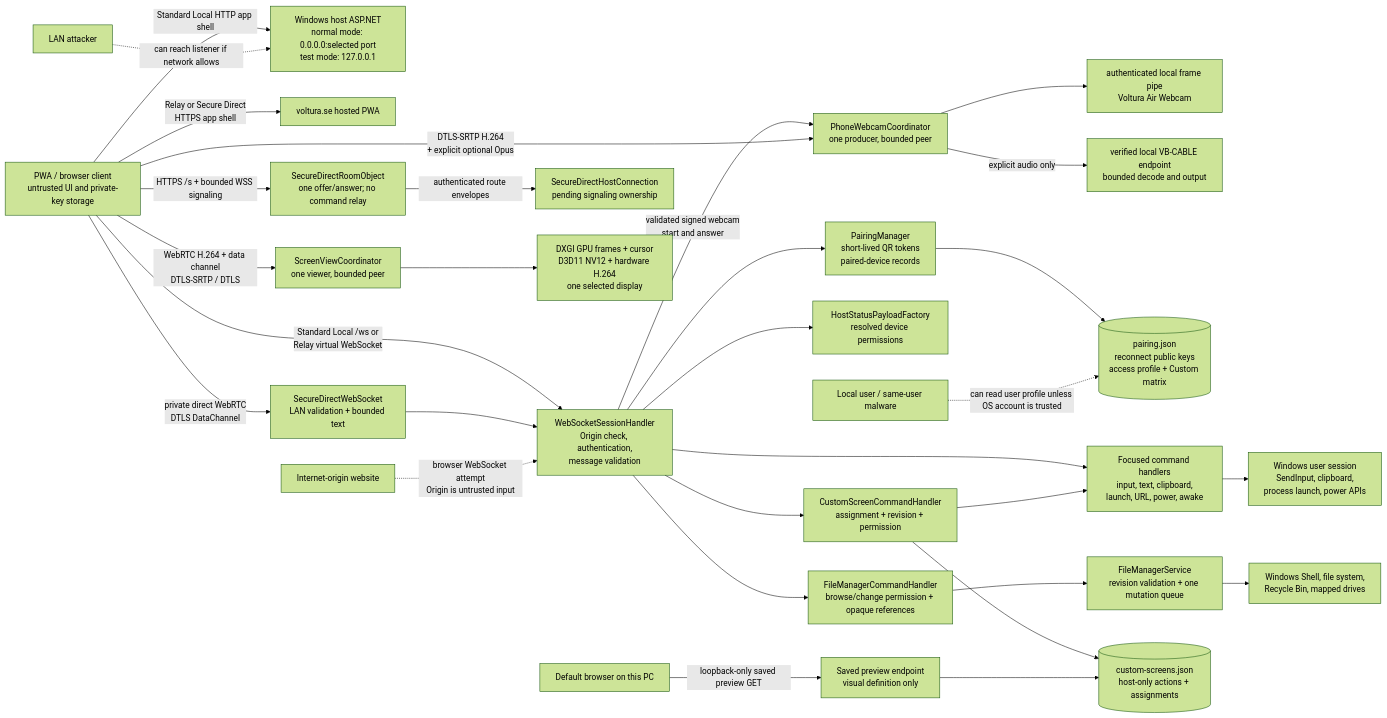
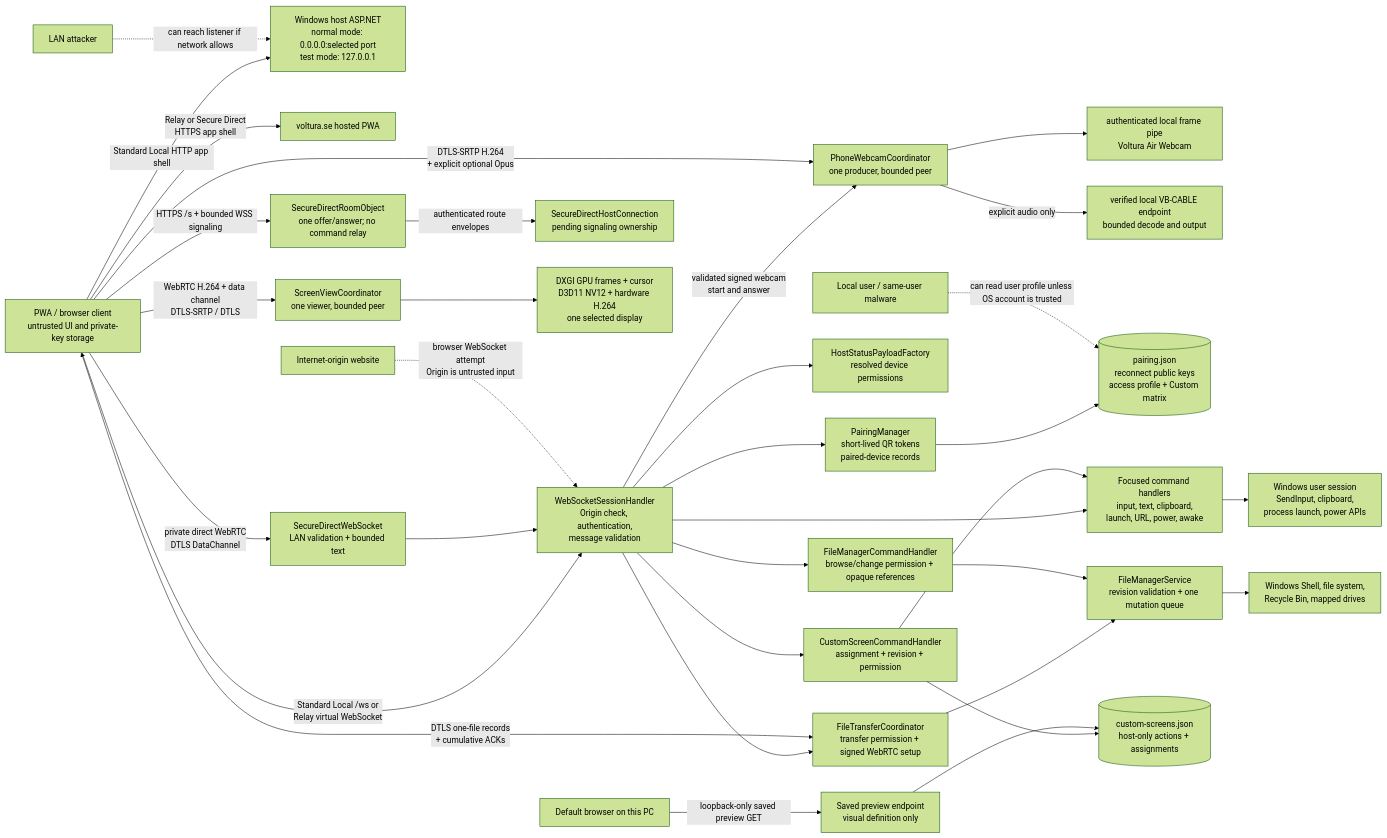
The first of 7 diagrams in docs/security-architecture-diagrams.md (voltura/voltura-air), drawn with Mermaid (forest theme) before and after one commit. The commit also changed other lines of this file and 70 other files, not shown here.

````diff
--- a/docs/security-architecture-diagrams.md
+++ b/docs/security-architecture-diagrams.md
@@ -8,33 +8,36 @@
 ```mermaid
 flowchart LR
   Client["PWA / browser client\nuntrusted UI and private-key storage"] -->|"Standard Local HTTP app shell"| HostWeb["Windows host ASP.NET\nnormal mode: 0.0.0.0:selected port\ntest mode: 127.0.0.1"]
   Client -->|"Relay or Secure Direct\nHTTPS app shell"| Hosted["voltura.se hosted PWA"]
   Client -->|"Standard Local /ws or\nRelay virtual WebSocket"| Session["WebSocketSessionHandler\nOrigin check, authentication,\nmessage validation"]
   Client -->|"HTTPS /s + bounded WSS signaling"| SecureRoom["SecureDirectRoomObject\none offer/answer; no command relay"]
   SecureRoom -->|"authenticated route envelopes"| SecureHost["SecureDirectHostConnection\npending signaling ownership"]
   Client -->|"private direct WebRTC\nDTLS DataChannel"| SecureSocket["SecureDirectWebSocket\nLAN validation + bounded text"]
   SecureSocket --> Session
   Client -->|"WebRTC H.264 + data channel\nDTLS-SRTP / DTLS"| ScreenStream["ScreenViewCoordinator\none viewer, bounded peer"]
   ScreenStream --> Capture["DXGI GPU frames + cursor\nD3D11 NV12 + hardware H.264\none selected display"]
   Session -->|"validated signed webcam\nstart and answer"| WebcamStream["PhoneWebcamCoordinator\none producer, bounded peer"]
   Client -->|"DTLS-SRTP H.264\n+ explicit optional Opus"| WebcamStream
   WebcamStream --> VirtualCamera["authenticated local frame pipe\nVoltura Air Webcam"]
   WebcamStream -->|"explicit audio only"| Cable["verified local VB-CABLE endpoint\nbounded decode and output"]
   Session --> Pairing["PairingManager\nshort-lived QR tokens\npaired-device records"]
   Pairing --> Store[("pairing.json\nreconnect public keys\naccess profile + Custom matrix")]
   Session --> Policy["HostStatusPayloadFactory\nresolved device permissions"]
   Session --> Handlers["Focused command handlers\ninput, text, clipboard,\nlaunch, URL, power, awake"]
   Session --> CustomHandler["CustomScreenCommandHandler\nassignment + revision + permission"]
   Session --> FileHandler["FileManagerCommandHandler\nbrowse/change permission + opaque references"]
+  Session --> Transfer["FileTransferCoordinator\ntransfer permission + signed WebRTC setup"]
+  Client <-->|"DTLS one-file records\n+ cumulative ACKs"| Transfer
+  Transfer --> FileService
   FileHandler --> FileService["FileManagerService\nrevision validation + one mutation queue"]
   FileService --> FileSystem["Windows Shell, file system,\nRecycle Bin, mapped drives"]
   CustomHandler --> CustomStore[("custom-screens.json\nhost-only actions + assignments")]
   CustomHandler --> Handlers
   LocalBrowser["Default browser on this PC"] -->|"loopback-only saved preview GET"| Preview["Saved preview endpoint\nvisual definition only"]
   Preview --> CustomStore
   Handlers --> Windows["Windows user session\nSendInput, clipboard,\nprocess launch, power APIs"]
 
   Internet["Internet-origin website"] -. "browser WebSocket attempt\nOrigin is untrusted input" .-> Session
   Lan["LAN attacker"] -. "can reach listener if network allows" .-> HostWeb
   Local["Local user / same-user malware"] -. "can read user profile unless OS account is trusted" .-> Store
 ```
````
